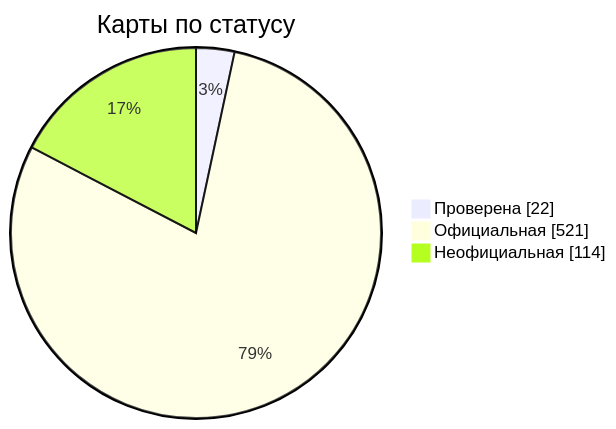
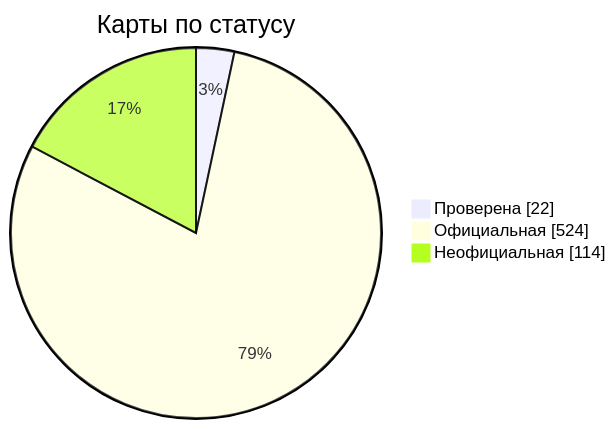
The diagram in docs/readme/README_RU.md (nobrega8/mbmap-library), drawn with Mermaid before and after one commit. The commit also changed 8 other files, not shown here.

````diff
--- a/docs/readme/README_RU.md
+++ b/docs/readme/README_RU.md
@@ -54,7 +54,7 @@
 ```mermaid
 pie showData
     title Карты по статусу
     "Проверена" : 22
-    "Официальная" : 521
+    "Официальная" : 524
     "Неофициальная" : 114
 ```
````
